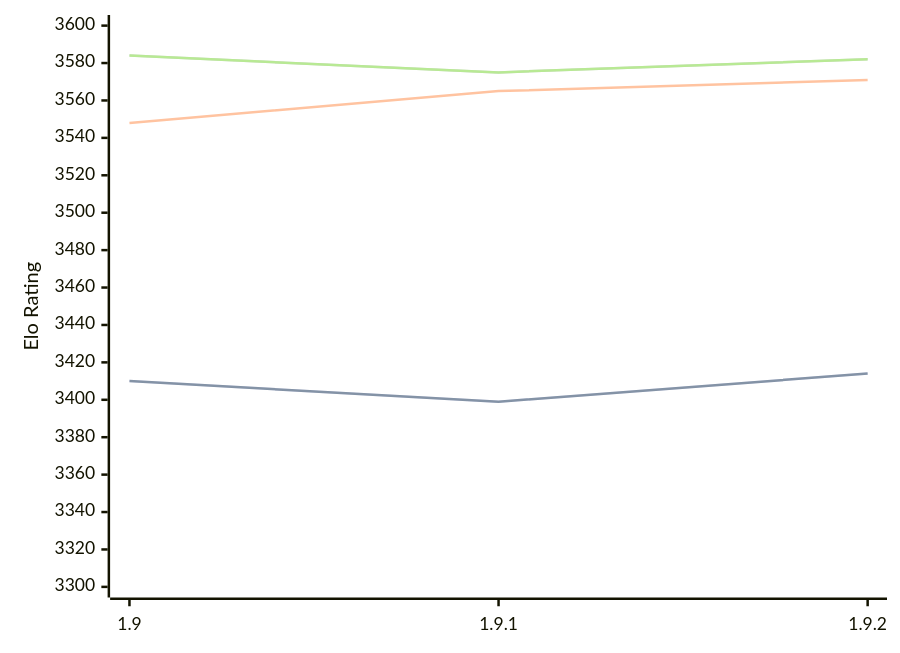
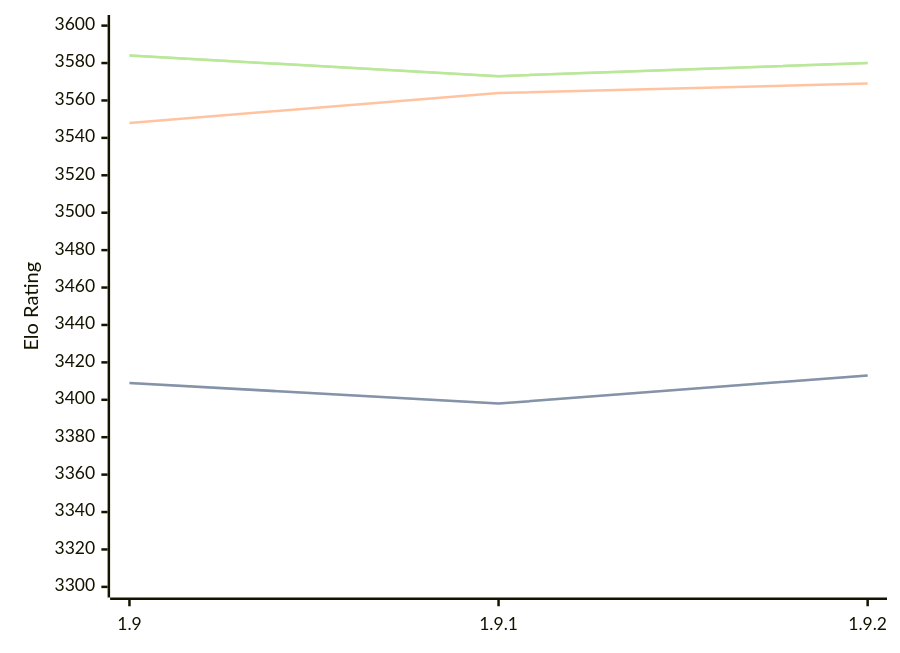
One commit to computer-chess-index/cci changed the diagram in engines/Pawnocchio.md. Above: the diagram before and after it, drawn with Mermaid. The commit also changed other lines of this file, not shown here.

Commit message:
Update CCI Ratings (ELO VLTC) - 2026-02-18

````diff
--- a/engines/Pawnocchio.md
+++ b/engines/Pawnocchio.md
@@ -45,11 +45,11 @@
 ```mermaid
 %%{init: {"theme":"base","themeVariables":{"seriesColors:['#a3a3a3','#222221','#faa371']}}}%%
 xychart-beta
   x-axis ["1.9", "1.9.1", "1.9.2"]
   y-axis "Elo Rating" 3300 --> 3600
-  line "STC (8.0+0.08s)" [3410, 3399, 3414]
-  line "STC (8.0+0.08s)" [3410, 3399, 3414]
-  line "LTC (60.0+0.60s)" [3548, 3565, 3571]
-  line "VLTC (2m24s+1.12s)" [3584, 3575, 3582]
-  line "VLTC (2m24s+1.12s)" [3584, 3575, 3582]
+  line "STC (8.0+0.08s)" [3409, 3398, 3413]
+  line "STC (8.0+0.08s)" [3409, 3398, 3413]
+  line "LTC (60.0+0.60s)" [3548, 3564, 3569]
+  line "VLTC (2m24s+1.12s)" [3584, 3573, 3580]
+  line "VLTC (2m24s+1.12s)" [3584, 3573, 3580]
 ```
````
